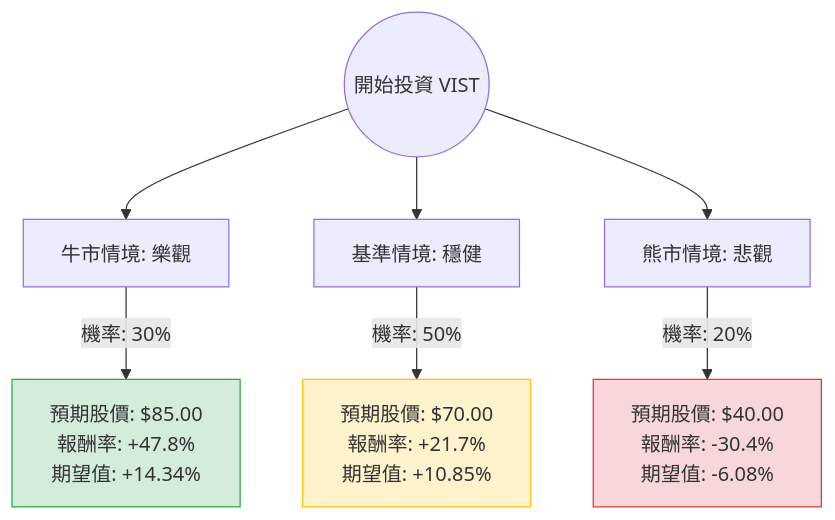
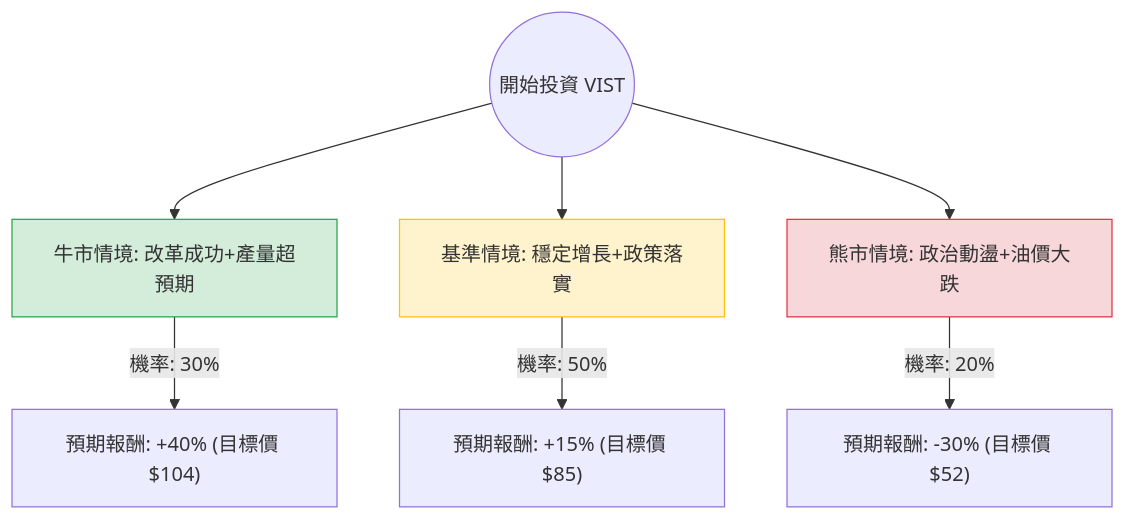
The diagram in plugin-react/ai-analysis/ev-analysis/VIST.md (zmcx16/zmcx16.github.io), drawn with Mermaid before and after one commit. The commit also changed other lines of this file and 75 other files, not shown here.

````diff
--- a/plugin-react/ai-analysis/ev-analysis/VIST.md
+++ b/plugin-react/ai-analysis/ev-analysis/VIST.md
@@ -19,14 +23,14 @@
 ```mermaid
 graph TD
-    Start((開始投資 VIST)) --> Bull[牛市情境: 樂觀]
-    Start --> Base[基準情境: 穩健]
-    Start --> Bear[熊市情境: 悲觀]
+    Start((開始投資 VIST)) --> Bull[牛市情境: 改革成功+產量超預期]
+    Start --> Base[基準情境: 穩定增長+政策落實]
+    Start --> Bear[熊市情境: 政治動盪+油價大跌]
 
-    Bull -- "機率: 30%" --> BullVal["預期股價: $85.00<br/>報酬率: +47.8%<br/>期望值: +14.34%"]
-    Base -- "機率: 50%" --> BaseVal["預期股價: $70.00<br/>報酬率: +21.7%<br/>期望值: +10.85%"]
-    Bear -- "機率: 20%" --> BearVal["預期股價: $40.00<br/>報酬率: -30.4%<br/>期望值: -6.08%"]
+    Bull -- "機率: 30%" --> BullResult["預期報酬: +40% (目標價 $104)"]
+    Base -- "機率: 50%" --> BaseResult["預期報酬: +15% (目標價 $85)"]
+    Bear -- "機率: 20%" --> BearResult["預期報酬: -30% (目標價 $52)"]
 
-    style BullVal fill:#d4edda,stroke:#28a745
-    style BaseVal fill:#fff3cd,stroke:#ffc107
-    style BearVal fill:#f8d7da,stroke:#dc3545
+    style Bull fill:#d4edda,stroke:#28a745
+    style Base fill:#fff3cd,stroke:#ffc107
+    style Bear fill:#f8d7da,stroke:#dc3545
 ```
````
